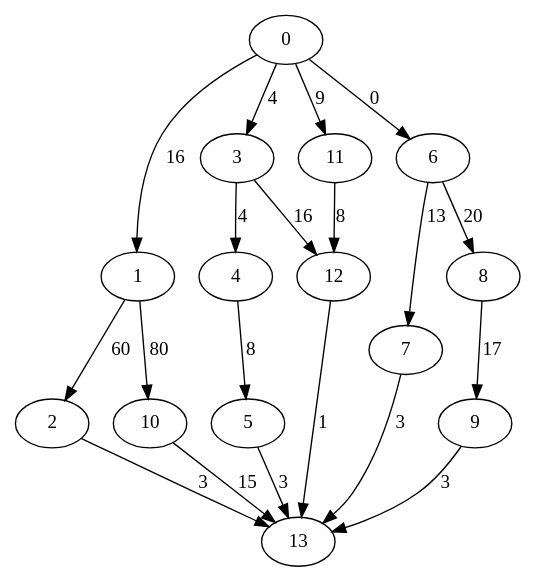
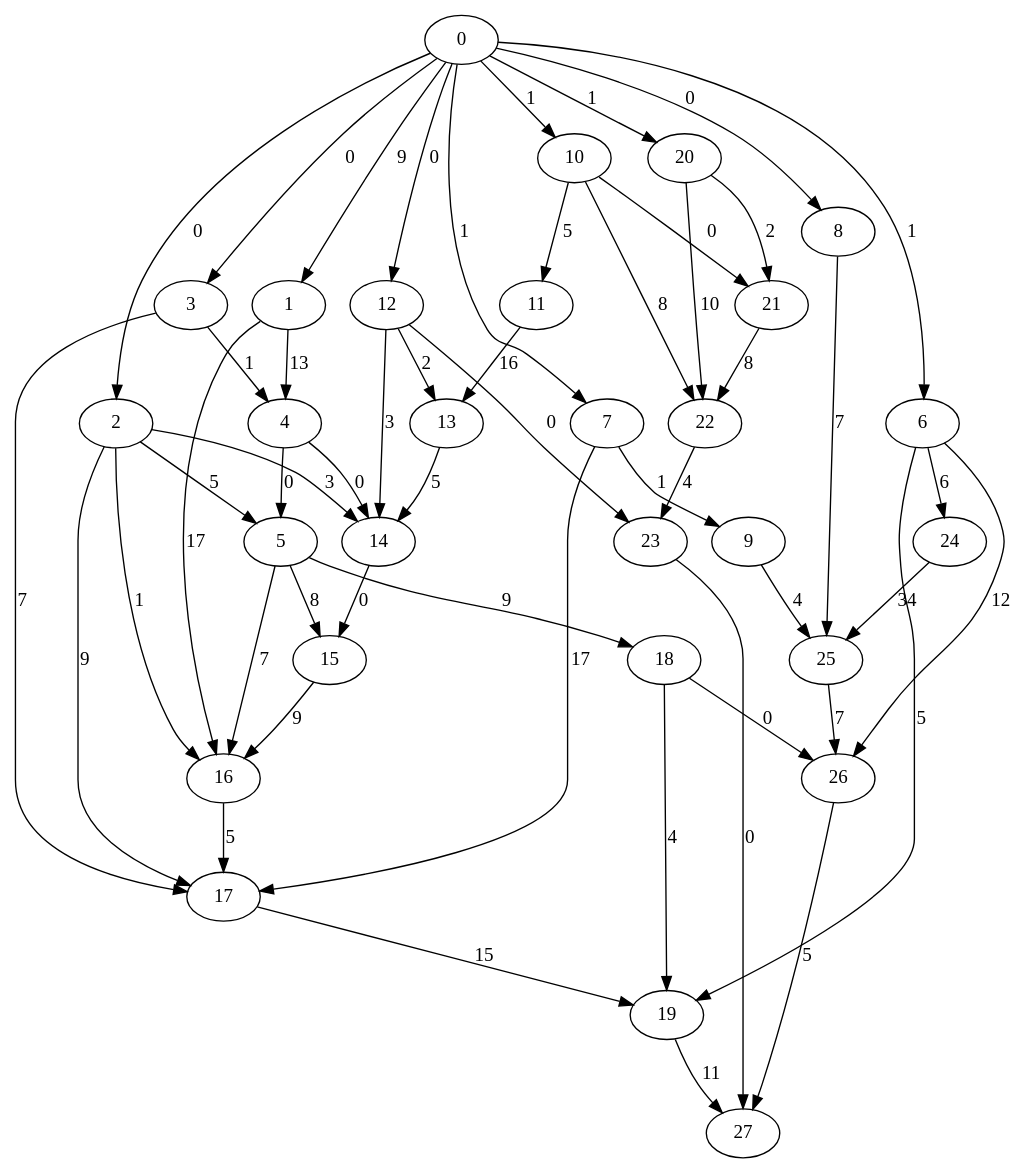
One commit to asaloniti/DagScheduling_old changed the diagram in small.dot. Above: the diagram before and after it, drawn with Graphviz. The commit also changed 4 other files, not shown here.

```diff
--- a/small.dot
+++ b/small.dot
@@ -1,21 +1,54 @@
 digraph small {
-0 -> 1 [ label = 16 ];
-0 -> 3 [ label = 4 ];
-0 -> 6 [ label = 0 ];
-0 -> 11 [ label = 9 ];
-1 -> 2 [ label = 60 ];
-1 -> 10 [ label = 80 ];
-2 -> 13 [ label = 3 ];
-3 -> 4 [ label = 4 ];
-3 -> 12 [ label = 16 ];
-4 -> 5 [ label = 8 ];
-5 -> 13 [ label = 3 ];
-6 -> 7 [ label = 13 ];
-6 -> 8 [ label = 20 ];
-7 -> 13 [ label = 3 ];
-8 -> 9 [ label = 17 ];
-9 -> 13 [ label = 3 ];
-10 -> 13 [ label = 15 ];
-11 -> 12 [ label = 8 ];
-12 -> 13 [ label = 1 ];
+0 -> 1 [ label = 9 ];
+0 -> 2 [ label = 0 ];
+0 -> 3 [ label = 0 ];
+0 -> 6 [ label = 1 ];
+0 -> 7 [ label = 1 ];
+0 -> 8 [ label = 0 ];
+0 -> 10 [ label = 1 ];
+0 -> 12 [ label = 0 ];
+0 -> 20 [ label = 1 ];
+1 -> 4 [ label = 13 ];
+1 -> 16 [ label = 17 ];
+2 -> 5 [ label = 5 ];
+2 -> 14 [ label = 3 ];
+2 -> 16 [ label = 1 ];
+2 -> 17 [ label = 9 ];
+3 -> 4 [ label = 1 ];
+3 -> 17 [ label = 7 ];
+4 -> 5 [ label = 0 ];
+4 -> 14 [ label = 0 ];
+5 -> 15 [ label = 8 ];
+5 -> 16 [ label = 7 ];
+5 -> 18 [ label = 9 ];
+6 -> 19 [ label = 5 ];
+6 -> 24 [ label = 6 ];
+6 -> 26 [ label = 12 ];
+7 -> 9 [ label = 1 ];
+7 -> 17 [ label = 17 ];
+8 -> 25 [ label = 7 ];
+9 -> 25 [ label = 4 ];
+10 -> 11 [ label = 5 ];
+10 -> 21 [ label = 0 ];
+10 -> 22 [ label = 8 ];
+11 -> 13 [ label = 16 ];
+12 -> 13 [ label = 2 ];
+12 -> 14 [ label = 3 ];
+12 -> 23 [ label = 0 ];
+13 -> 14 [ label = 5 ];
+14 -> 15 [ label = 0 ];
+15 -> 16 [ label = 9 ];
+16 -> 17 [ label = 5 ];
+17 -> 19 [ label = 15 ];
+18 -> 19 [ label = 4 ];
+18 -> 26 [ label = 0 ];
+19 -> 27 [ label = 11 ];
+20 -> 21 [ label = 2 ];
+20 -> 22 [ label = 10 ];
+21 -> 22 [ label = 8 ];
+22 -> 23 [ label = 4 ];
+23 -> 27 [ label = 0 ];
+24 -> 25 [ label = 34 ];
+25 -> 26 [ label = 7 ];
+26 -> 27 [ label = 5 ];
  }
```
